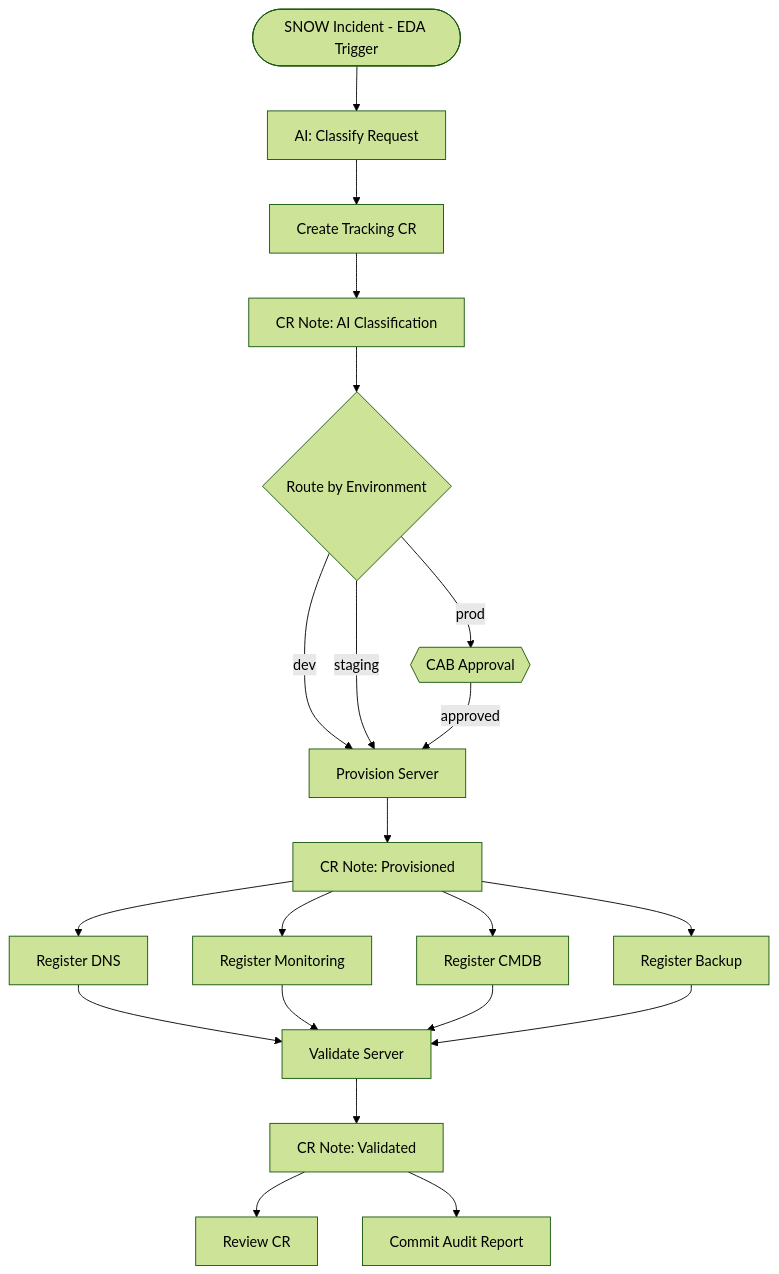
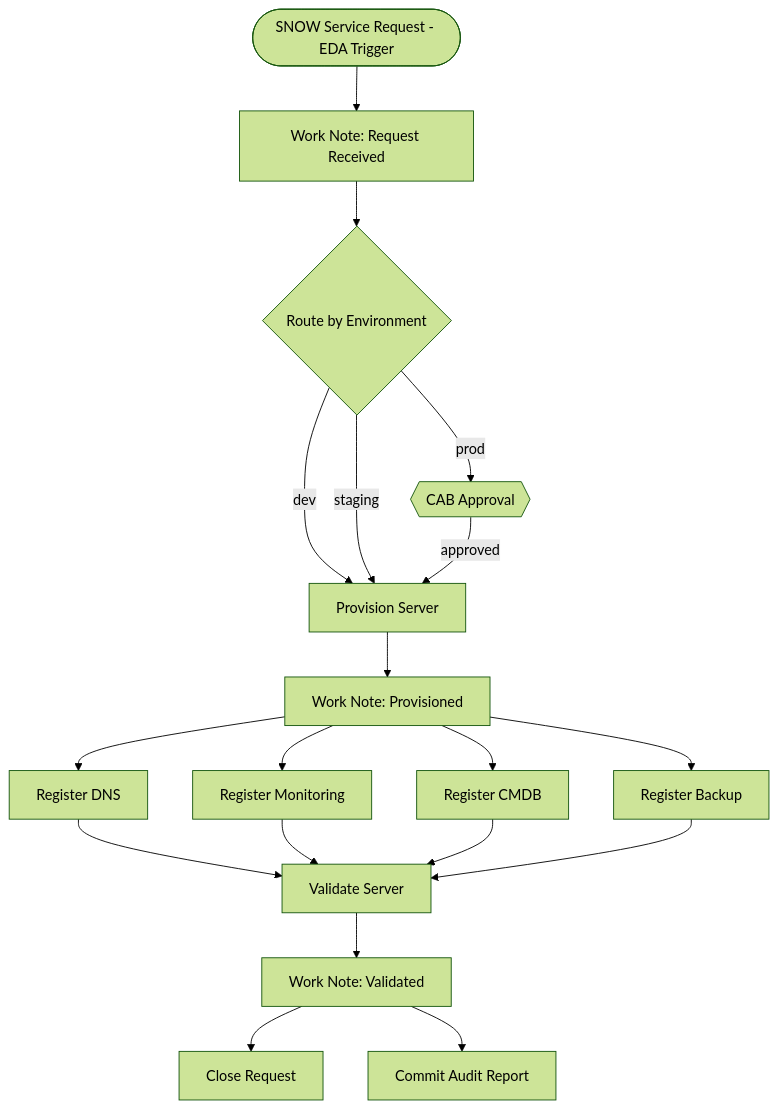
Before and after one commit to crenwick93/ao-overview-demo: the diagram in README.md, drawn with Mermaid (forest theme). The commit also changed other lines of this file and 9 other files, not shown here.

````diff
--- a/README.md
+++ b/README.md
@@ -28,27 +27,25 @@
 ```mermaid
 flowchart TD
-    trigger([SNOW Incident - EDA Trigger]) --> ai[AI: Classify Request]
-    ai --> cr[Create Tracking CR]
-    cr --> note1[CR Note: AI Classification]
+    trigger([SNOW Service Request - EDA Trigger]) --> note1[Work Note: Request Received]
     note1 --> sw{Route by Environment}
 
     sw -- dev --> provision[Provision Server]
     sw -- staging --> provision
     sw -- prod --> approval{{CAB Approval}}
     approval -- approved --> provision
 
-    provision --> note2[CR Note: Provisioned]
+    provision --> note2[Work Note: Provisioned]
     note2 --> dns[Register DNS]
     note2 --> mon[Register Monitoring]
     note2 --> cmdb[Register CMDB]
     note2 --> bak[Register Backup]
 
     dns --> validate[Validate Server]
     mon --> validate
     cmdb --> validate
     bak --> validate
 
-    validate --> note3[CR Note: Validated]
-    note3 --> review[Review CR]
+    validate --> note3[Work Note: Validated]
+    note3 --> close[Close Request]
     note3 --> git[Commit Audit Report]
 ```
````
